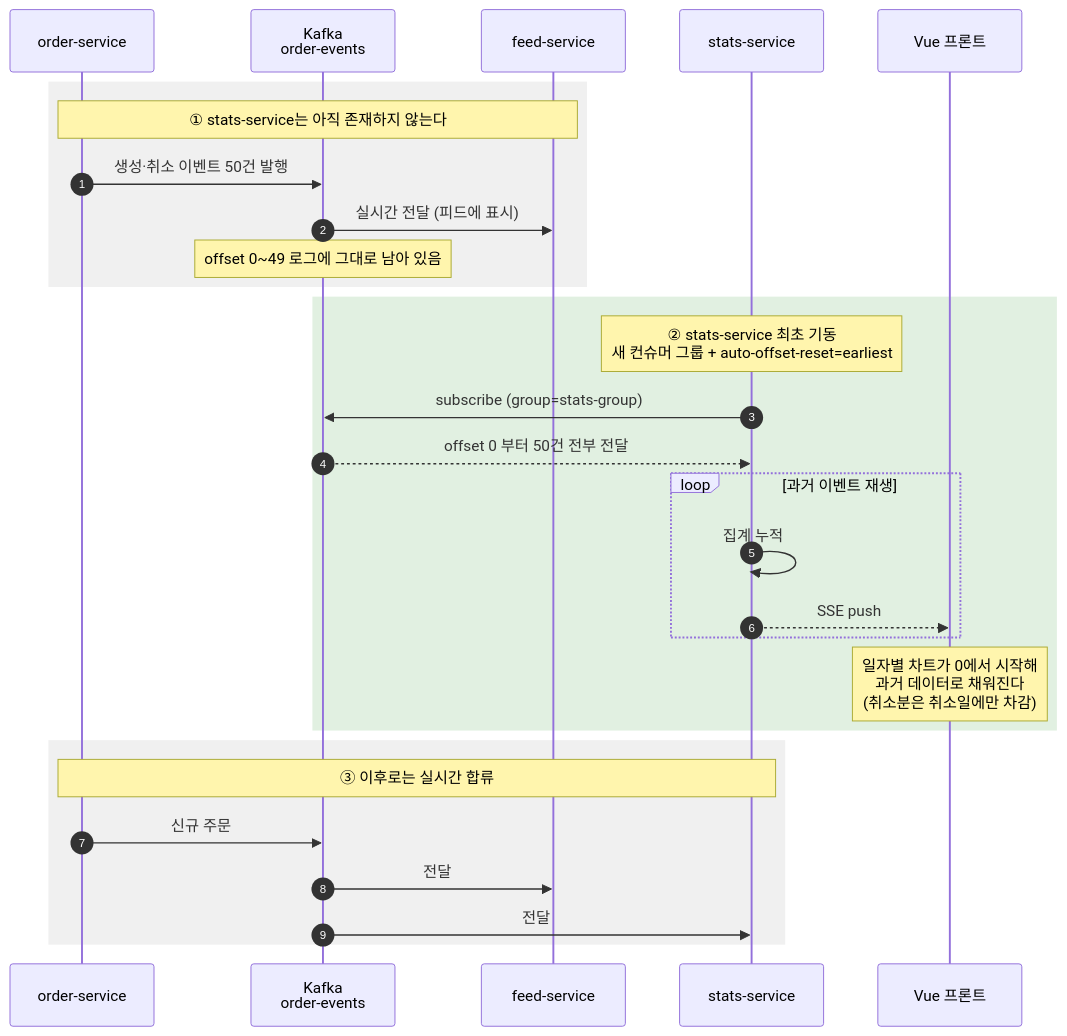
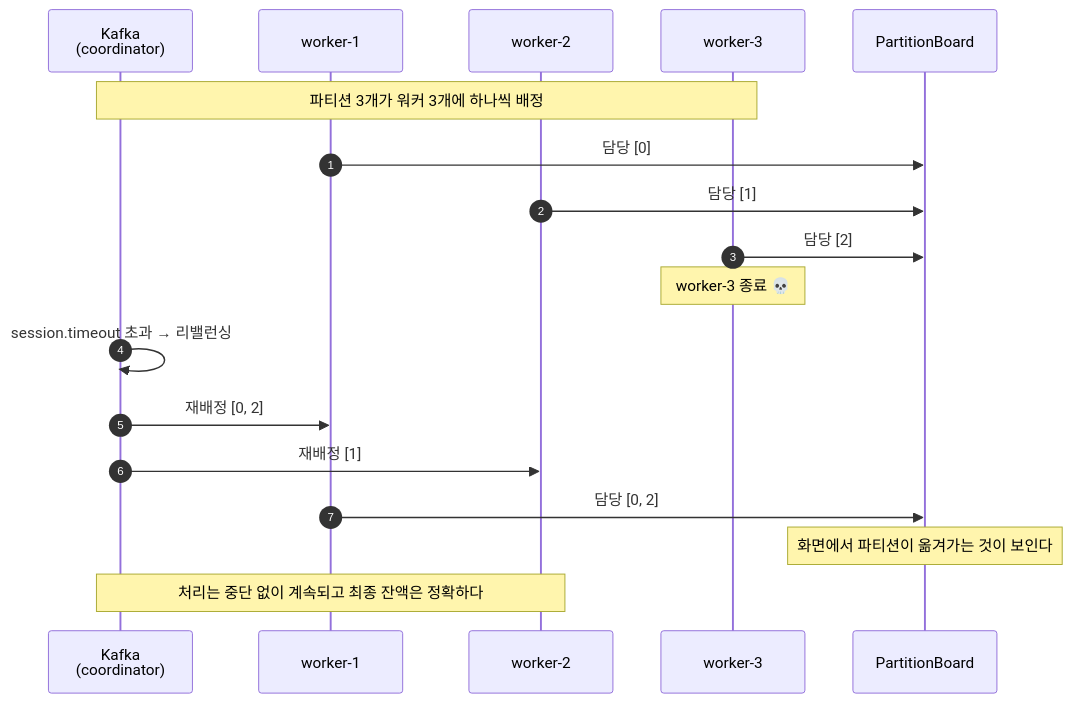
One commit to ytw9699/kafka_study changed the fourth of 7 diagrams in docs/planning/02-architecture.md. Above: the diagram before and after it, drawn with Mermaid. The commit also changed other lines of this file and 20 other files, not shown here.

````diff
--- a/docs/planning/02-architecture.md
+++ b/docs/planning/02-architecture.md
@@ -144,34 +185,23 @@
 ```mermaid
 sequenceDiagram
     autonumber
-    participant OS as order-service
-    participant K as Kafka<br/>order-events
-    participant FS as feed-service
-    participant SS as stats-service
-    participant FE as Vue 프론트
+    participant K as Kafka<br/>(coordinator)
+    participant W1 as worker-1
+    participant W2 as worker-2
+    participant W3 as worker-3
+    participant FE as PartitionBoard
 
-    rect rgb(240, 240, 240)
-        Note over OS,FS: ① stats-service는 아직 존재하지 않는다
-        OS->>K: 생성·취소 이벤트 50건 발행
-        K->>FS: 실시간 전달 (피드에 표시)
-        Note over K: offset 0~49 로그에 그대로 남아 있음
-    end
+    Note over K,W3: 파티션 3개가 워커 3개에 하나씩 배정
+    W1->>FE: 담당 [0]
+    W2->>FE: 담당 [1]
+    W3->>FE: 담당 [2]
 
-    rect rgb(225, 240, 225)
-        Note over SS: ② stats-service 최초 기동<br/>새 컨슈머 그룹 + auto-offset-reset=earliest
-        SS->>K: subscribe (group=stats-group)
-        K-->>SS: offset 0 부터 50건 전부 전달
-        loop 과거 이벤트 재생
-            SS->>SS: 집계 누적
-            SS-->>FE: SSE push
-        end
-        Note over FE: 일자별 차트가 0에서 시작해<br/>과거 데이터로 채워진다<br/>(취소분은 취소일에만 차감)
-    end
+    Note over W3: worker-3 종료 💀
+    K->>K: session.timeout 초과 → 리밸런싱
+    K->>W1: 재배정 [0, 2]
+    K->>W2: 재배정 [1]
+    W1->>FE: 담당 [0, 2]
+    Note over FE: 화면에서 파티션이 옮겨가는 것이 보인다
 
-    rect rgb(240, 240, 240)
-        Note over OS,SS: ③ 이후로는 실시간 합류
-        OS->>K: 신규 주문
-        K->>FS: 전달
-        K->>SS: 전달
-    end
+    Note over K,W2: 처리는 중단 없이 계속되고 최종 잔액은 정확하다
 ```
````
